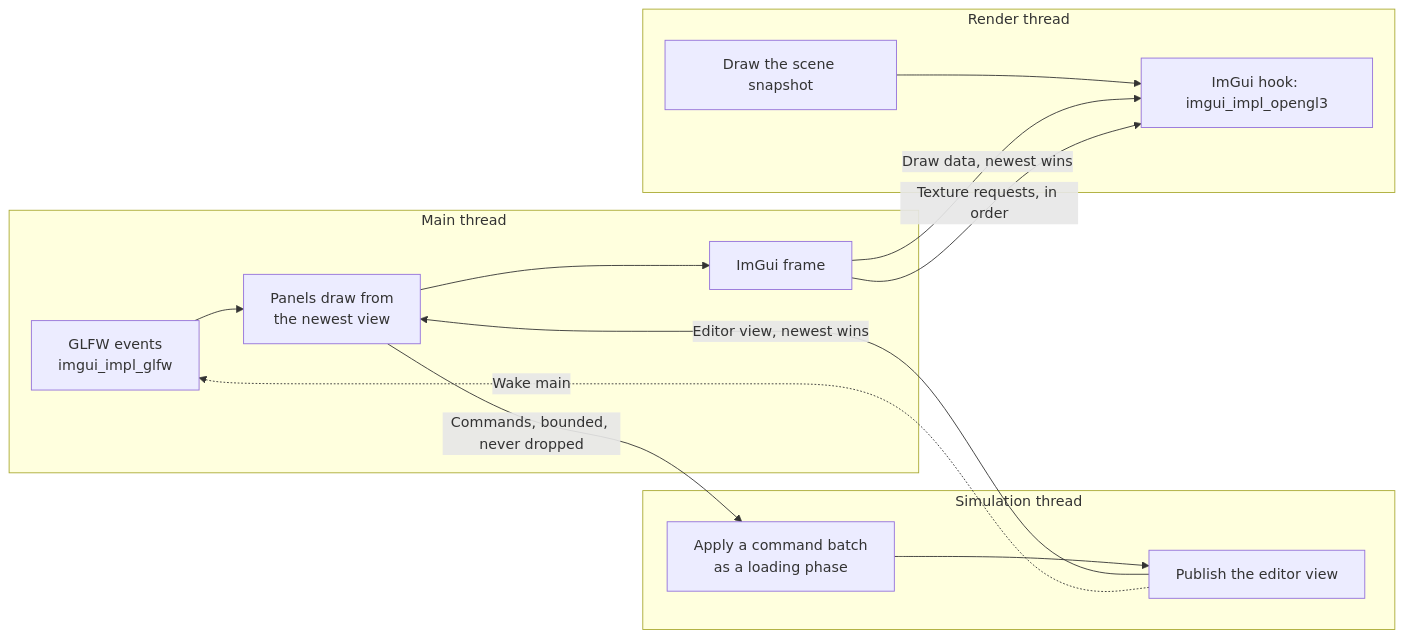
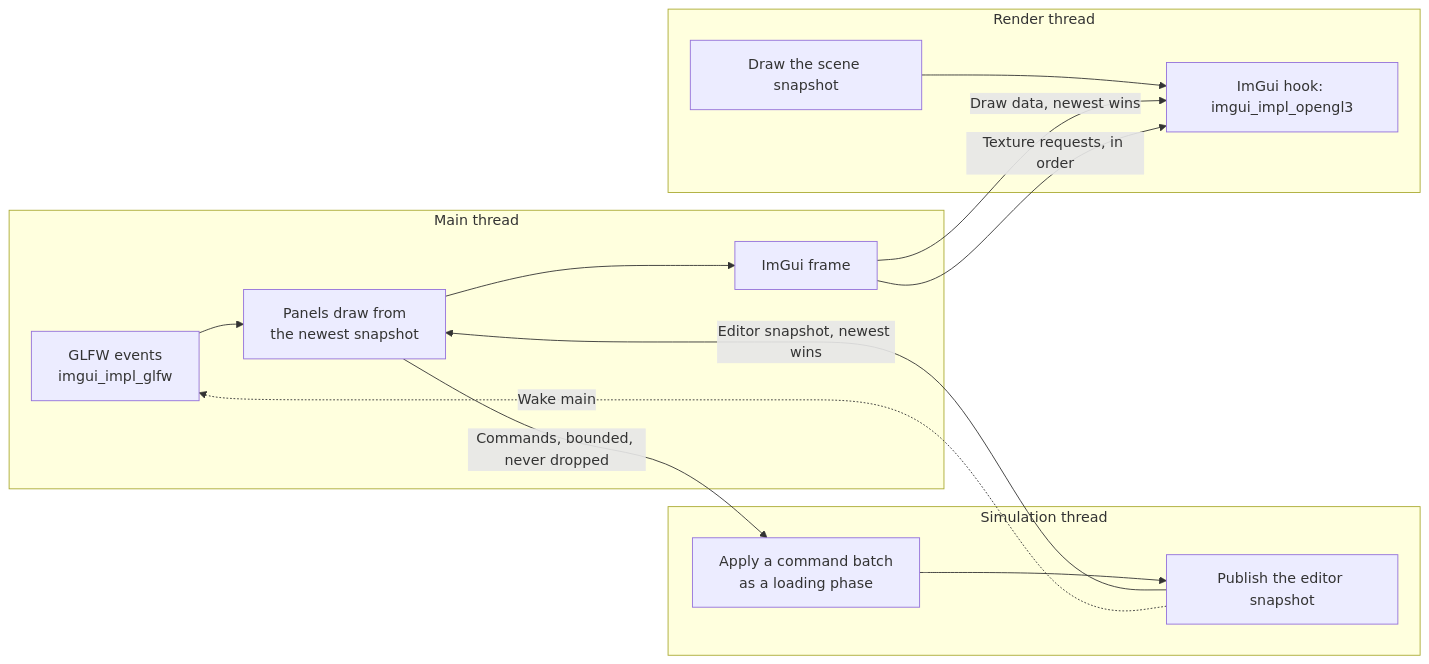
The diagram in 04 Design Docs/Systems/Editor - Design.md (techattackteam/TechEngine-vault), drawn with Mermaid before and after one commit. The commit also changed other lines of this file and 4 other files, not shown here.

````diff
--- a/04 Design Docs/Systems/Editor - Design.md
+++ b/04 Design Docs/Systems/Editor - Design.md
@@ -60,24 +65,24 @@
 ```mermaid
 flowchart LR
     subgraph Main["Main thread"]
         E["GLFW events<br/>imgui_impl_glfw"]
-        P["Panels draw from<br/>the newest view"]
+        P["Panels draw from<br/>the newest snapshot"]
         F["ImGui frame"]
         E --> P --> F
     end
     subgraph Sim["Simulation thread"]
         A["Apply a command batch<br/>as a loading phase"]
-        V["Publish the editor view"]
+        V["Publish the editor snapshot"]
         A --> V
     end
     subgraph Render["Render thread"]
         S["Draw the scene snapshot"]
         O["ImGui hook: imgui_impl_opengl3"]
         S --> O
     end
     P -->|"Commands, bounded, never dropped"| A
-    V -->|"Editor view, newest wins"| P
+    V -->|"Editor snapshot, newest wins"| P
     V -.->|"Wake main"| E
     F -->|"Draw data, newest wins"| O
     F -->|"Texture requests, in order"| O
 ```
````
